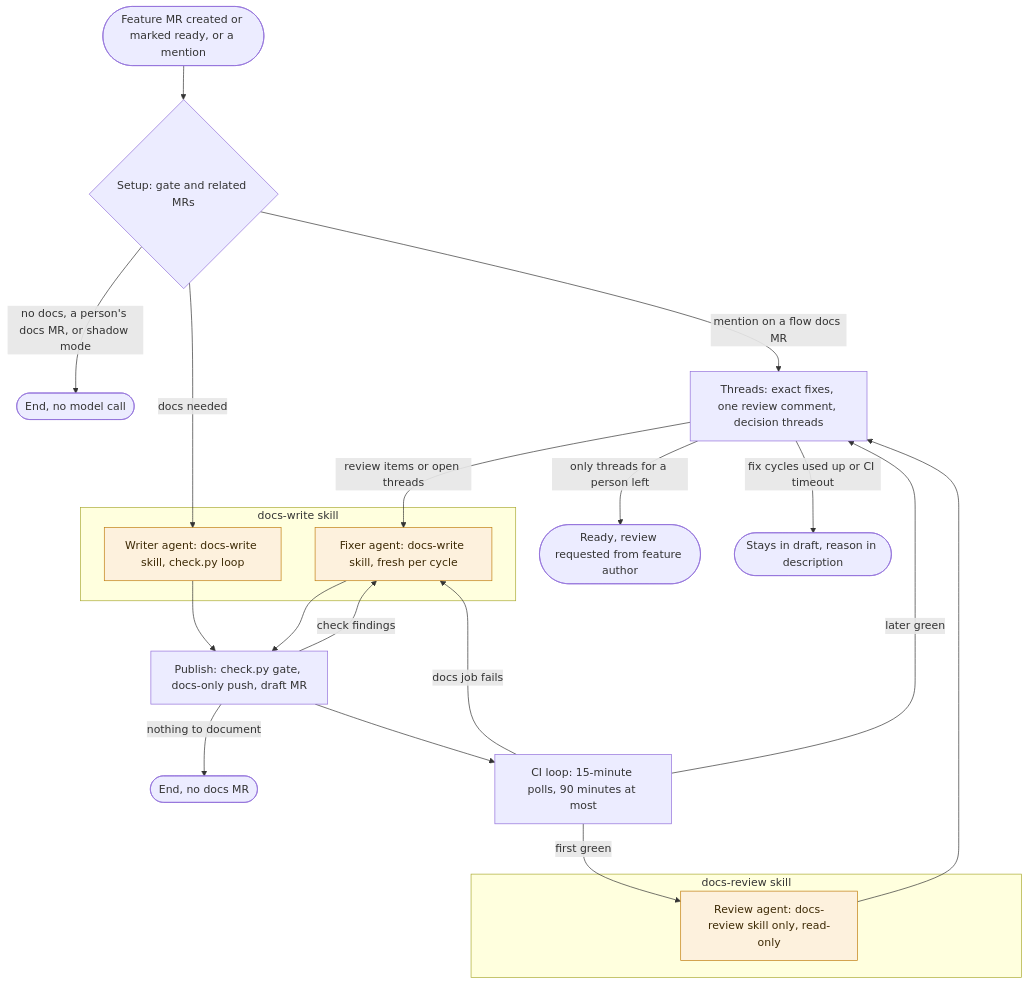
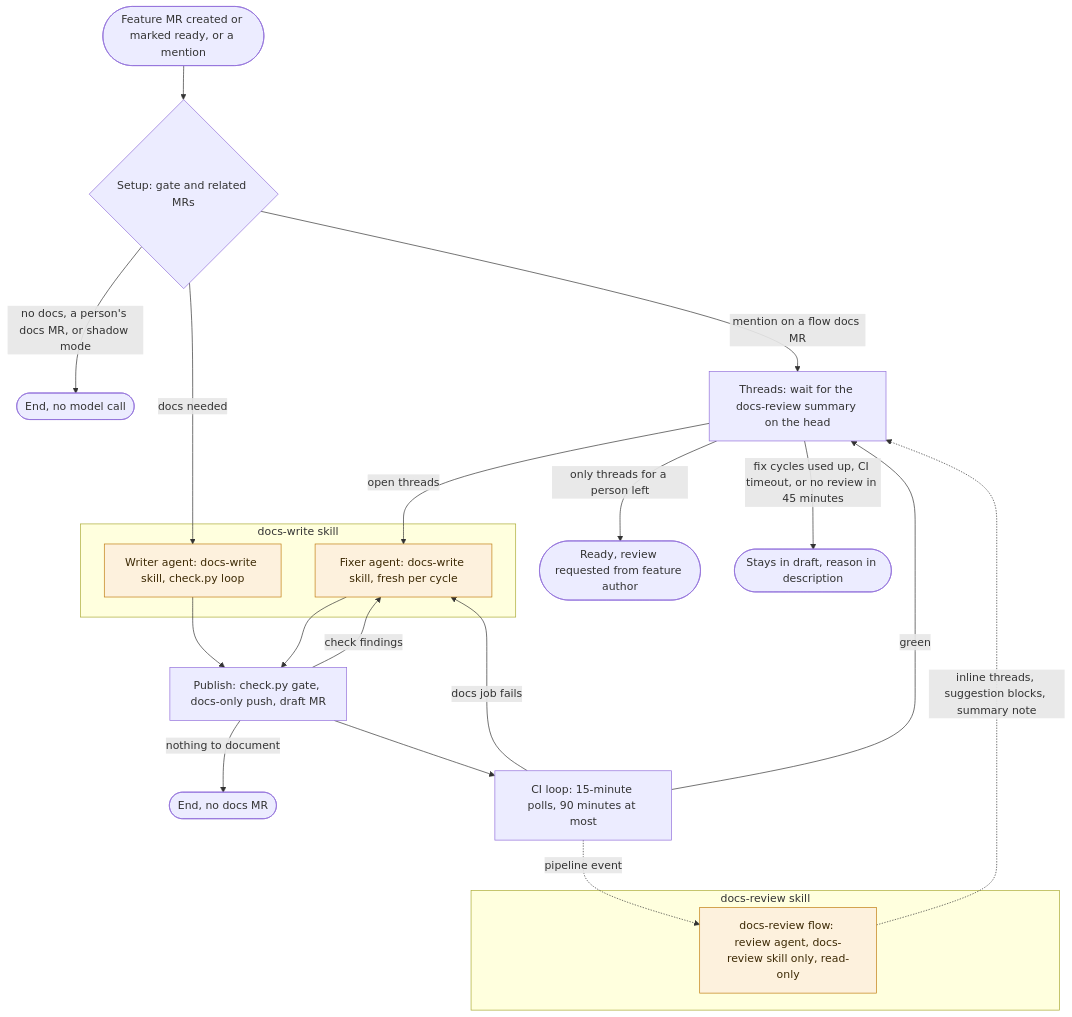
One commit to gitlabhq/orbit-knowledge-graph changed the diagram in docs/pages/engineering/development/docs-write-flow.md. Above: the diagram before and after it, drawn with Mermaid. The commit also changed other lines of this file, not shown here.

Commit message:
docs(engineering): explain the docs-review flow in the docs-write flow page

````diff
--- a/docs/pages/engineering/development/docs-write-flow.md
+++ b/docs/pages/engineering/development/docs-write-flow.md
@@ -17,33 +18,33 @@
 ```mermaid
 flowchart TD
-    accTitle: The docs-write flow, design v2
-    accDescr: A feature MR event or a mention starts the flow. A script gate and a related-MR check decide whether to write. A writer agent with the docs-write skill writes the change with a check loop. A publish script checks it again, pushes, and opens a draft docs MR. A CI loop sends docs failures to a fixer. On the first green pipeline, a review agent with only the docs-review skill reviews the change. A script posts the review as one numbered comment and one thread per decision. A fixer fixes the numbered items and open threads. When CI is green and only threads for a person are open, the flow marks the MR ready and requests review from the feature MR author. If the fix cycles run out or CI times out, the MR stays in draft.
+    accTitle: The docs-write and docs-review flows
+    accDescr: A feature MR event or a mention starts docs-write. A script gate and a related-MR check decide whether to write. A writer agent with the docs-write skill writes the change with a check loop. A publish script checks it again, pushes, and opens a draft docs MR. A CI loop sends docs failures to a fixer. On a green pipeline, the separate docs-review flow reviews the head with only the docs-review skill and posts one inline thread per finding at importance 4 or more, then a summary note. docs-write waits for that summary, and a fixer fixes the threads. When CI is green, the head is reviewed, and only threads for a person are open, docs-write marks the MR ready and requests review from the feature MR author. If the fix cycles run out, CI times out, or no review comes, the MR stays in draft.
 
     A([Feature MR created or marked ready, or a mention]) --> G{Setup: gate and related MRs}
     G -->|no docs, a person's docs MR, or shadow mode| E1([End, no model call])
     G -->|mention on a flow docs MR| T
     G -->|docs needed| W[Writer agent: docs-write skill, check.py loop]
     W --> P[Publish: check.py gate, docs-only push, draft MR]
     P -->|nothing to document| E2([End, no docs MR])
     P -->|check findings| F[Fixer agent: docs-write skill, fresh per cycle]
     F --> P
     P --> C[CI loop: 15-minute polls, 90 minutes at most]
     C -->|docs job fails| F
-    C -->|first green| R[Review agent: docs-review skill only, read-only]
-    R --> T[Threads: exact fixes, one review comment, decision threads]
-    C -->|later green| T
-    T -->|review items or open threads| F
+    C -->|green| T[Threads: wait for the docs-review summary on the head]
+    C -.->|pipeline event| R[docs-review flow: review agent, docs-review skill only, read-only]
+    R -.->|inline threads, suggestion blocks, summary note| T
+    T -->|open threads| F
     T -->|only threads for a person left| H([Ready, review requested from feature author])
-    T -->|fix cycles used up or CI timeout| D([Stays in draft, reason in description])
+    T -->|fix cycles used up, CI timeout, or no review in 45 minutes| D([Stays in draft, reason in description])
 
     subgraph dw [docs-write skill]
       W
       F
     end
     subgraph dr [docs-review skill]
       R
     end
 
     classDef agent fill:#fdf1dd,stroke:#c17d10,color:#3d2a05
     class W,F,R agent
 ```
````
